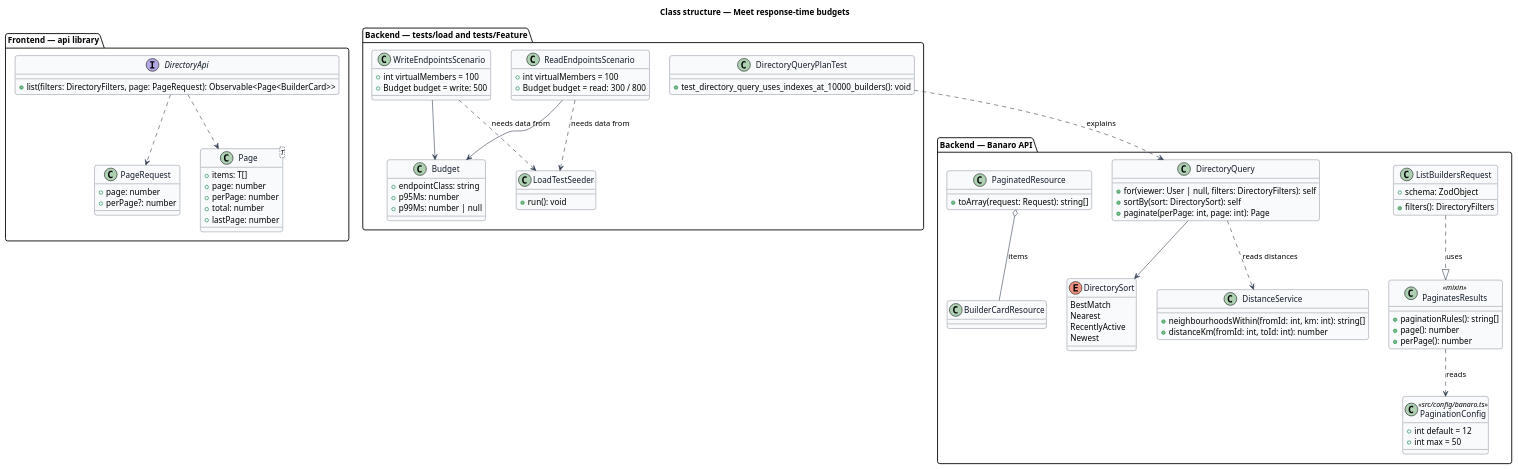
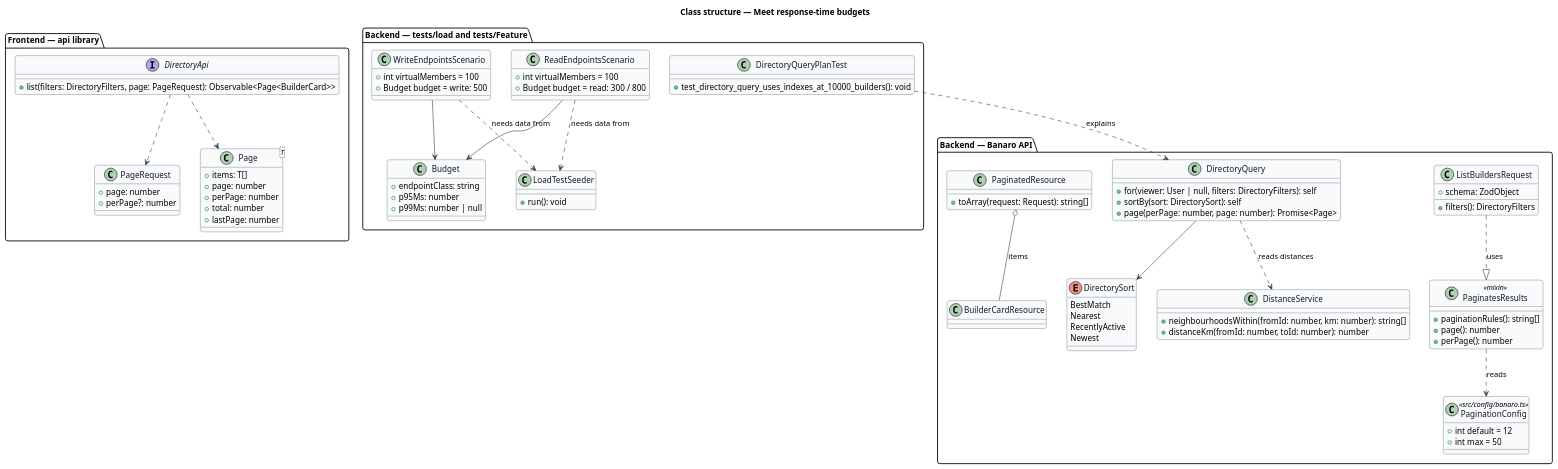
The diagram in docs/detailed-designs/performance/meet-response-time-budgets/diagrams/class-structure.puml (QuinntyneBrown/banaro), drawn with PlantUML before and after one commit. The commit also changed 395 other files, not shown here.

```diff
--- a/docs/detailed-designs/performance/meet-response-time-budgets/diagrams/class-structure.puml
+++ b/docs/detailed-designs/performance/meet-response-time-budgets/diagrams/class-structure.puml
@@ -1,102 +1,102 @@
 @startuml
 ' --- shared skin header ---
 skinparam backgroundColor #FFFFFF
 skinparam shadowing false
 skinparam roundcorner 8
 skinparam defaultFontName Arial
 skinparam ArrowColor #344054
 skinparam class {
   BorderColor #344054
   FontColor #101828
   BackgroundColor #F9FAFB
 }
 ' --------------------------
 title Class structure — Meet response-time budgets
 
 package "Frontend — api library" {
   class PageRequest {
     +page: number
     +perPage?: number
   }
   class "Page<T>" as Page {
     +items: T[]
     +page: number
     +perPage: number
     +total: number
     +lastPage: number
   }
   interface DirectoryApi {
     +list(filters: DirectoryFilters, page: PageRequest): Observable<Page<BuilderCard>>
   }
 }
 
 package "Backend — Banaro API" {
   class PaginatesResults <<mixin>> {
     +paginationRules(): string[]
     +page(): number
     +perPage(): number
   }
   class ListBuildersRequest {
     +schema: ZodObject
     +filters(): DirectoryFilters
   }
   class DirectoryQuery {
     +for(viewer: User | null, filters: DirectoryFilters): self
     +sortBy(sort: DirectorySort): self
-    +paginate(perPage: int, page: int): Page
+    +page(perPage: number, page: number): Promise<Page>
   }
   enum DirectorySort {
     BestMatch
     Nearest
     RecentlyActive
     Newest
   }
   class DistanceService {
-    +neighbourhoodsWithin(fromId: int, km: int): string[]
-    +distanceKm(fromId: int, toId: int): number
+    +neighbourhoodsWithin(fromId: number, km: number): string[]
+    +distanceKm(fromId: number, toId: number): number
   }
   class PaginatedResource {
     +toArray(request: Request): string[]
   }
   class BuilderCardResource
   class PaginationConfig <<src/config/banaro.ts>> {
     +int default = 12
     +int max = 50
   }
 }
 
 package "Backend — tests/load and tests/Feature" {
   class Budget {
     +endpointClass: string
     +p95Ms: number
     +p99Ms: number | null
   }
   class ReadEndpointsScenario {
     +int virtualMembers = 100
     +Budget budget = read: 300 / 800
   }
   class WriteEndpointsScenario {
     +int virtualMembers = 100
     +Budget budget = write: 500
   }
   class LoadTestSeeder {
     +run(): void
   }
   class DirectoryQueryPlanTest {
     +test_directory_query_uses_indexes_at_10000_builders(): void
   }
 }
 
 ListBuildersRequest ..|> PaginatesResults : uses
 PaginatesResults ..> PaginationConfig : reads
 DirectoryQuery --> DirectorySort
 DirectoryQuery ..> DistanceService : reads distances
 PaginatedResource o-- BuilderCardResource : items
 ReadEndpointsScenario --> Budget
 WriteEndpointsScenario --> Budget
 ReadEndpointsScenario ..> LoadTestSeeder : needs data from
 WriteEndpointsScenario ..> LoadTestSeeder : needs data from
 DirectoryQueryPlanTest ..> DirectoryQuery : explains
 DirectoryApi ..> PageRequest
 DirectoryApi ..> Page
 @enduml
```
